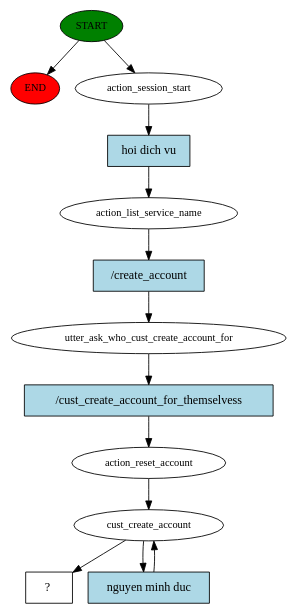
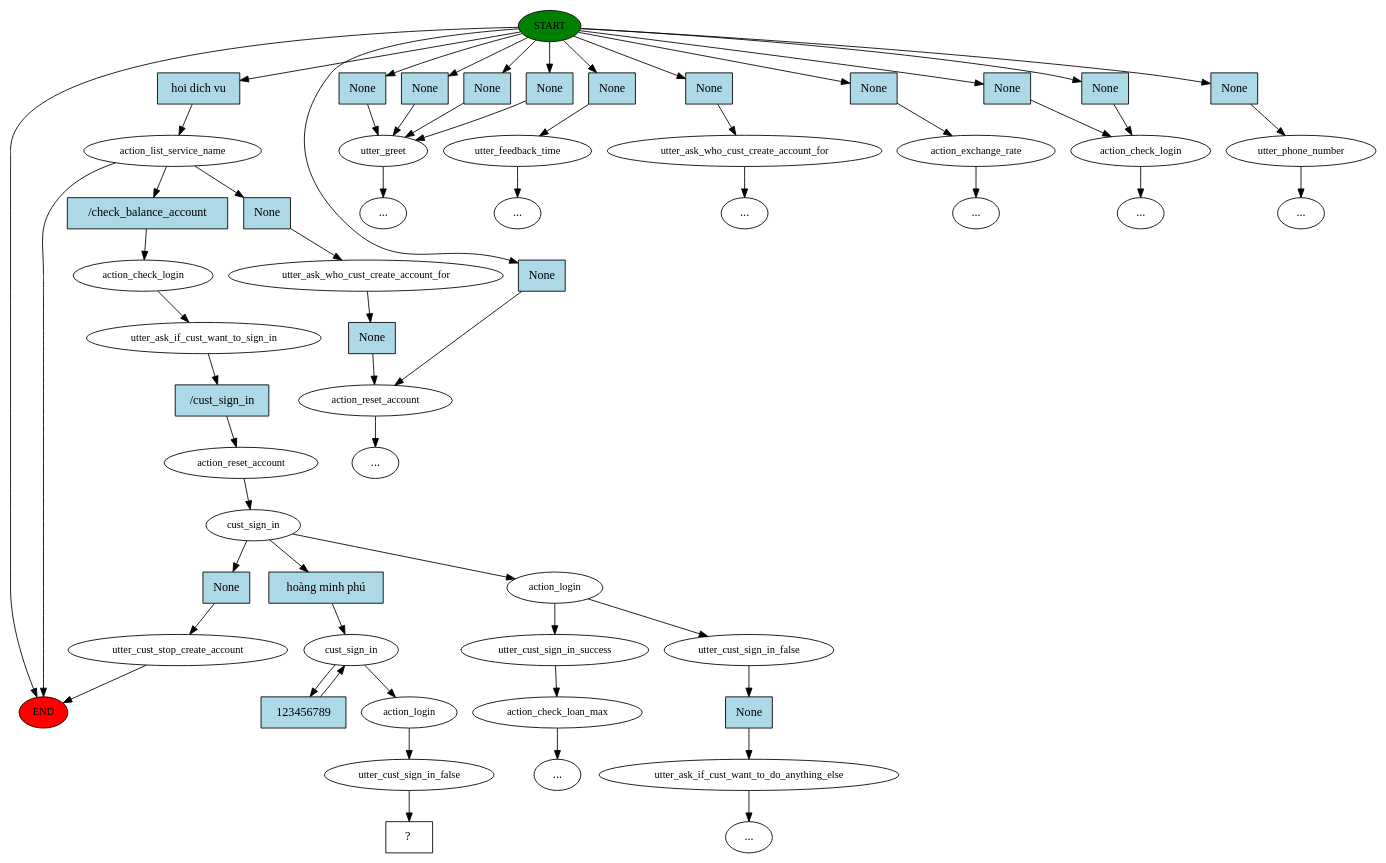
The diagram in story_graph.dot (thangld2703/rasachatbot), drawn with Graphviz before and after one commit. The commit also changed 17 other files, not shown here.

```diff
--- a/story_graph.dot
+++ b/story_graph.dot
@@ -1,26 +1,117 @@
 digraph  {
 0 [class="start active", fillcolor=green, fontsize=12, label=START, style=filled];
 "-1" [class=end, fillcolor=red, fontsize=12, label=END, style=filled];
-1 [class=active, fontsize=12, label=action_session_start];
-2 [class=active, fontsize=12, label=action_list_service_name];
-3 [class=active, fontsize=12, label=utter_ask_who_cust_create_account_for];
-4 [class=active, fontsize=12, label=action_reset_account];
-5 [class=active, fontsize=12, label=cust_create_account];
-7 [class="intent dashed active", label="  ?  ", shape=rect];
-8 [class="intent active", fillcolor=lightblue, label="hoi dich vu", shape=rect, style=filled];
-9 [class="intent active", fillcolor=lightblue, label="/create_account", shape=rect, style=filled];
-10 [class="intent active", fillcolor=lightblue, label="/cust_create_account_for_themselvess", shape=rect, style=filled];
-11 [class="intent active", fillcolor=lightblue, label="nguyen minh duc", shape=rect, style=filled];
+1 [class="", fontsize=12, label=utter_greet];
+3 [class="", fontsize=12, label=utter_feedback_time];
+"-5" [class=ellipsis, label="..."];
+4 [class="", fontsize=12, label=utter_ask_who_cust_create_account_for];
+10 [class="", fontsize=12, label=action_exchange_rate];
+11 [class=active, fontsize=12, label=action_list_service_name];
+"-13" [class=ellipsis, label="..."];
+"-16" [class=ellipsis, label="..."];
+16 [class="", fontsize=12, label=action_reset_account];
+18 [class="", fontsize=12, label=action_check_login];
+"-29" [class=ellipsis, label="..."];
+30 [class=active, fontsize=12, label=action_check_login];
+31 [class=active, fontsize=12, label=utter_ask_if_cust_want_to_sign_in];
+32 [class=active, fontsize=12, label=action_reset_account];
+33 [class=active, fontsize=12, label=cust_sign_in];
+34 [class="", fontsize=12, label=action_login];
+35 [class="", fontsize=12, label=utter_cust_sign_in_success];
+36 [class="", fontsize=12, label=action_check_loan_max];
+"-30" [class=ellipsis, label="..."];
+45 [class="", fontsize=12, label=utter_cust_sign_in_false];
+46 [class="", fontsize=12, label=utter_ask_if_cust_want_to_do_anything_else];
+"-33" [class=ellipsis, label="..."];
+"-34" [class=ellipsis, label="..."];
+53 [class="", fontsize=12, label=utter_cust_stop_create_account];
+55 [class="", fontsize=12, label=utter_ask_who_cust_create_account_for];
+"-35" [class=ellipsis, label="..."];
+57 [class="", fontsize=12, label=utter_phone_number];
+"-36" [class=ellipsis, label="..."];
+64 [class=active, fontsize=12, label=cust_sign_in];
+68 [class=active, fontsize=12, label=action_login];
+69 [class=active, fontsize=12, label=utter_cust_sign_in_false];
+70 [class="intent dashed active", label="  ?  ", shape=rect];
+71 [class=intent, fillcolor=lightblue, label=None, shape=rect, style=filled];
+72 [class=intent, fillcolor=lightblue, label=None, shape=rect, style=filled];
+73 [class=intent, fillcolor=lightblue, label=None, shape=rect, style=filled];
+74 [class=intent, fillcolor=lightblue, label=None, shape=rect, style=filled];
+75 [class=intent, fillcolor=lightblue, label=None, shape=rect, style=filled];
+76 [class=intent, fillcolor=lightblue, label=None, shape=rect, style=filled];
+77 [class=intent, fillcolor=lightblue, label=None, shape=rect, style=filled];
+78 [class="intent active", fillcolor=lightblue, label="hoi dich vu", shape=rect, style=filled];
+79 [class=intent, fillcolor=lightblue, label=None, shape=rect, style=filled];
+80 [class=intent, fillcolor=lightblue, label=None, shape=rect, style=filled];
+81 [class=intent, fillcolor=lightblue, label=None, shape=rect, style=filled];
+82 [class=intent, fillcolor=lightblue, label=None, shape=rect, style=filled];
+83 [class="intent active", fillcolor=lightblue, label="/check_balance_account", shape=rect, style=filled];
+84 [class=intent, fillcolor=lightblue, label=None, shape=rect, style=filled];
+85 [class="intent active", fillcolor=lightblue, label="/cust_sign_in", shape=rect, style=filled];
+86 [class=intent, fillcolor=lightblue, label=None, shape=rect, style=filled];
+87 [class="intent active", fillcolor=lightblue, label="hoàng minh phú", shape=rect, style=filled];
+88 [class=intent, fillcolor=lightblue, label=None, shape=rect, style=filled];
+89 [class=intent, fillcolor=lightblue, label=None, shape=rect, style=filled];
+90 [class="intent active", fillcolor=lightblue, label=123456789, shape=rect, style=filled];
 0 -> "-1"  [class="", key=NONE, label=""];
-0 -> 1  [class=active, key=NONE, label=""];
-1 -> 8  [class=active, key=0];
-2 -> 9  [class=active, key=0];
-3 -> 10  [class=active, key=0];
-4 -> 5  [class=active, key=NONE, label=""];
-5 -> 7  [class=active, key=NONE, label=""];
-5 -> 11  [class=active, key=0];
-8 -> 2  [class=active, key=0];
-9 -> 3  [class=active, key=0];
-10 -> 4  [class=active, key=0];
-11 -> 5  [class=active, key=0];
+0 -> 71  [class="", key=0];
+0 -> 72  [class="", key=0];
+0 -> 73  [class="", key=0];
+0 -> 74  [class="", key=0];
+0 -> 75  [class="", key=0];
+0 -> 76  [class="", key=0];
+0 -> 77  [class="", key=0];
+0 -> 78  [class=active, key=0];
+0 -> 79  [class="", key=0];
+0 -> 80  [class="", key=0];
+0 -> 81  [class="", key=0];
+0 -> 82  [class="", key=0];
+1 -> "-34"  [class="", key=NONE, label=""];
+3 -> "-5"  [class="", key=NONE, label=""];
+4 -> "-16"  [class="", key=NONE, label=""];
+10 -> "-13"  [class="", key=NONE, label=""];
+11 -> "-1"  [class="", key=NONE, label=""];
+11 -> 83  [class=active, key=0];
+11 -> 84  [class="", key=0];
+16 -> "-35"  [class="", key=NONE, label=""];
+18 -> "-29"  [class="", key=NONE, label=""];
+30 -> 31  [class=active, key=NONE, label=""];
+31 -> 85  [class=active, key=0];
+32 -> 33  [class=active, key=NONE, label=""];
+33 -> 34  [class="", key=NONE, label=""];
+33 -> 86  [class="", key=0];
+33 -> 87  [class=active, key=0];
+34 -> 35  [class="", key=NONE, label=""];
+34 -> 45  [class="", key=NONE, label=""];
+35 -> 36  [class="", key=NONE, label=""];
+36 -> "-30"  [class="", key=NONE, label=""];
+45 -> 88  [class="", key=0];
+46 -> "-33"  [class="", key=NONE, label=""];
+53 -> "-1"  [class="", key=NONE, label=""];
+55 -> 89  [class="", key=0];
+57 -> "-36"  [class="", key=NONE, label=""];
+64 -> 68  [class=active, key=NONE, label=""];
+64 -> 90  [class=active, key=0];
+68 -> 69  [class=active, key=NONE, label=""];
+69 -> 70  [class=active, key=NONE, label=""];
+71 -> 1  [class="", key=0];
+72 -> 1  [class="", key=0];
+73 -> 1  [class="", key=0];
+74 -> 1  [class="", key=0];
+75 -> 3  [class="", key=0];
+76 -> 4  [class="", key=0];
+77 -> 10  [class="", key=0];
+78 -> 11  [class=active, key=0];
+79 -> 16  [class="", key=0];
+80 -> 18  [class="", key=0];
+81 -> 18  [class="", key=0];
+82 -> 57  [class="", key=0];
+83 -> 30  [class=active, key=0];
+84 -> 55  [class="", key=0];
+85 -> 32  [class=active, key=0];
+86 -> 53  [class="", key=0];
+87 -> 64  [class=active, key=0];
+88 -> 46  [class="", key=0];
+89 -> 16  [class="", key=0];
+90 -> 64  [class=active, key=0];
 }
```
